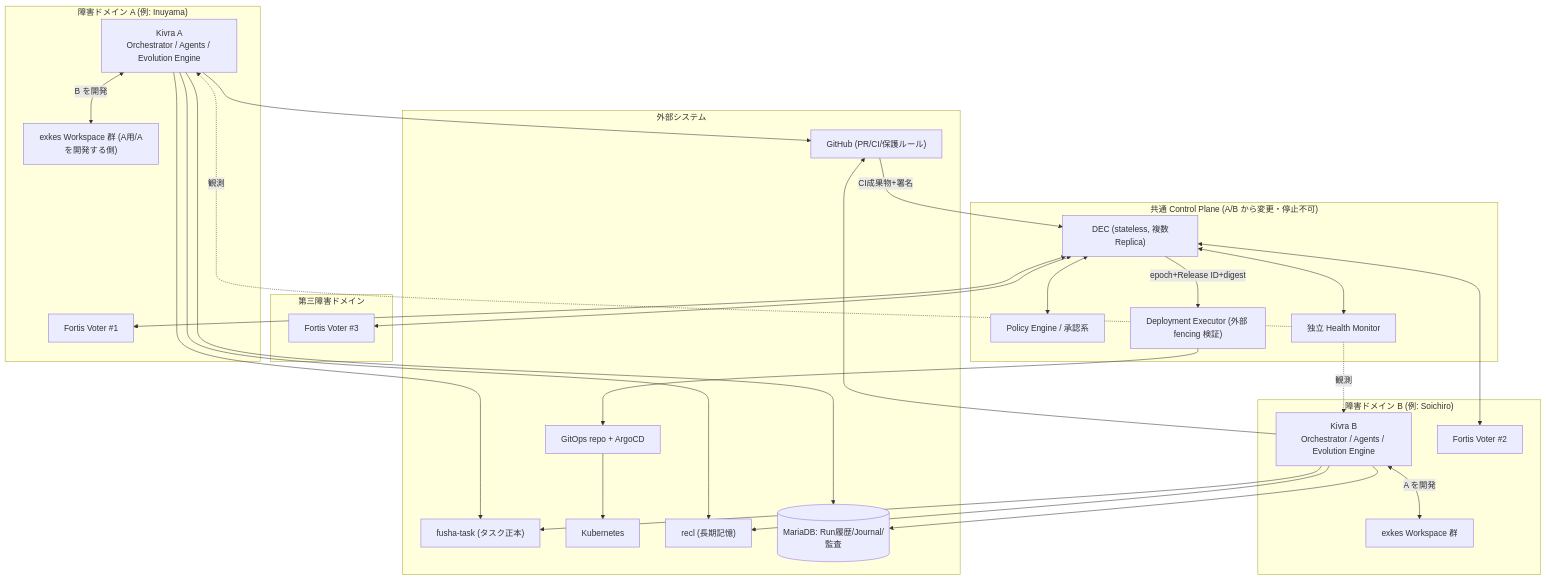
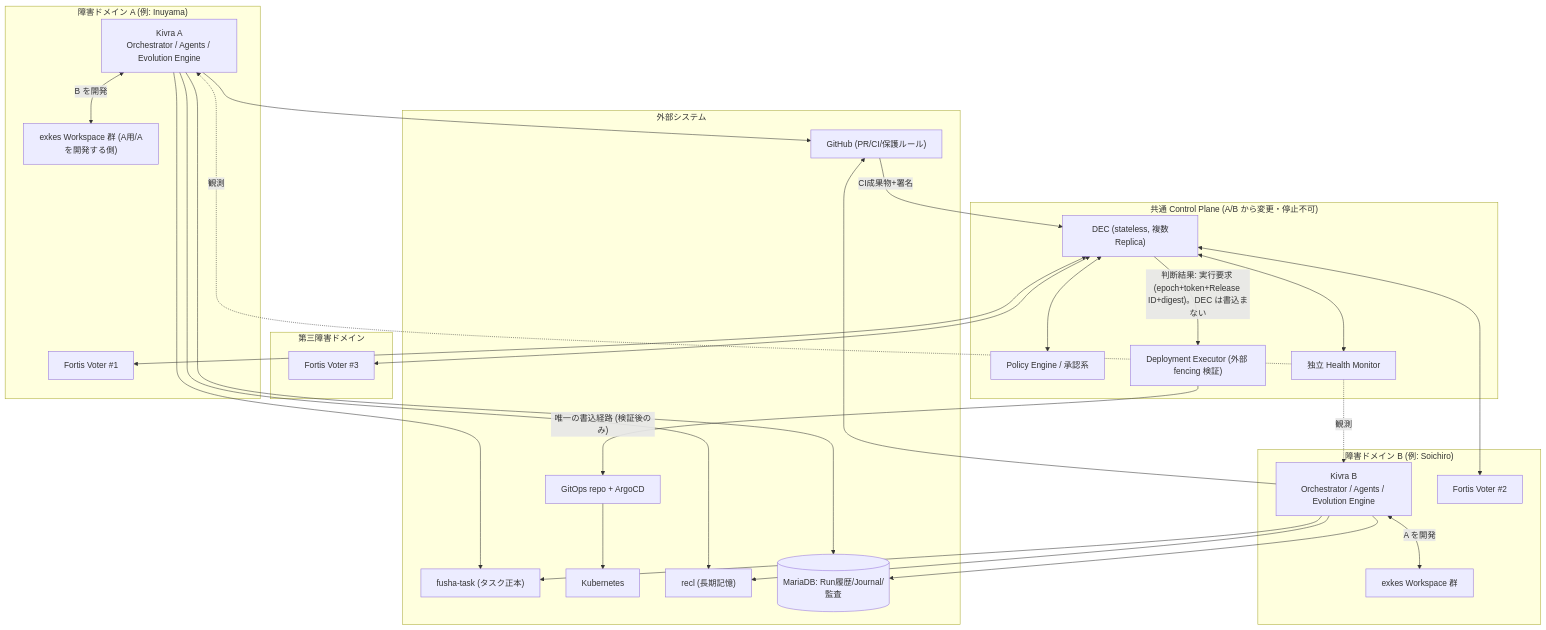
The first of 3 diagrams in docs/design/07-dual-evolution-architecture.md (kigawa-net/kivra), drawn with Mermaid before and after one commit. The commit also changed other lines of this file, not shown here.

Commit message:
docs(design): clarify DEC judges, Executor alone writes to GitOps/K8s (INV-2, fencing 3 layers)

````diff
--- a/docs/design/07-dual-evolution-architecture.md
+++ b/docs/design/07-dual-evolution-architecture.md
@@ -58,43 +58,43 @@
 ```mermaid
 flowchart TB
   subgraph DomA["障害ドメイン A (例: Inuyama)"]
     KA["Kivra A\nOrchestrator / Agents / Evolution Engine"]
     VA["Fortis Voter #1"]
     WA["exkes Workspace 群 (A用/Aを開発する側)"]
   end
   subgraph DomB["障害ドメイン B (例: Soichiro)"]
     KB["Kivra B\nOrchestrator / Agents / Evolution Engine"]
     VB["Fortis Voter #2"]
     WB["exkes Workspace 群"]
   end
   subgraph DomC["第三障害ドメイン"]
     VC["Fortis Voter #3"]
   end
   subgraph CP["共通 Control Plane (A/B から変更・停止不可)"]
     DEC["DEC (stateless, 複数Replica)"]
     POL["Policy Engine / 承認系"]
     MON["独立 Health Monitor"]
     EXE["Deployment Executor (外部 fencing 検証)"]
   end
   subgraph Ext["外部システム"]
     FT["fusha-task (タスク正本)"]
     GH["GitHub (PR/CI/保護ルール)"]
     GO["GitOps repo + ArgoCD"]
     K8S["Kubernetes"]
     RC["recl (長期記憶)"]
     MDB[("MariaDB: Run履歴/Journal/監査")]
   end
   KA <-->|"B を開発"| WA
   KB <-->|"A を開発"| WB
   KA & KB --> FT
   KA & KB --> GH
   KA & KB --> RC
   KA & KB --> MDB
   GH -->|"CI成果物+署名"| DEC
   DEC <--> POL
   DEC <--> MON
-  DEC -->|"epoch+Release ID+digest"| EXE
-  EXE --> GO --> K8S
+  DEC -->|"判断結果: 実行要求 (epoch+token+Release ID+digest)。DEC は書込まない"| EXE
+  EXE -->|"唯一の書込経路 (検証後のみ)"| GO --> K8S
   DEC <--> VA & VB & VC
   MON -.観測.-> KA & KB
 ```
````
